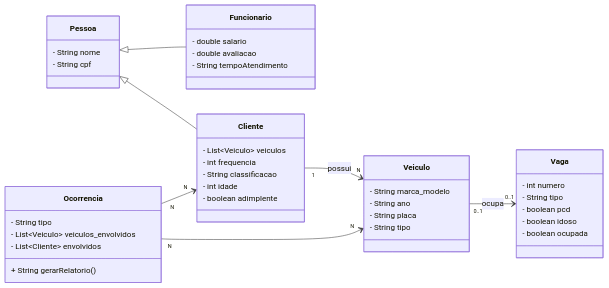
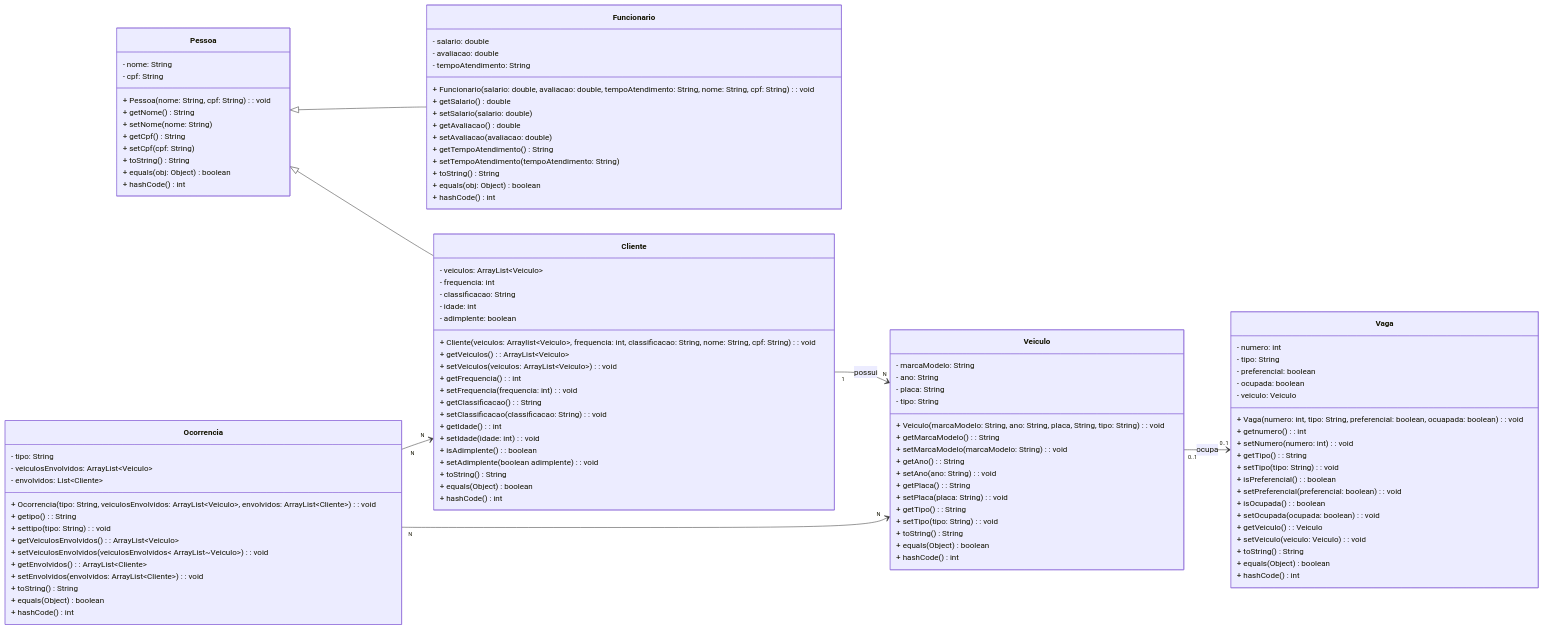
The diagram in README.md (Luceena/Gerenciador-de-estacionamento), drawn with Mermaid before and after one commit.

Commit message:
fix: ajustando diagrama UML do Readme

````diff
--- a/README.md
+++ b/README.md
@@ -22,53 +22,120 @@
 ```mermaid
   classDiagram
-    direction LR
+  direction LR
+
+  class Pessoa {
+    - nome: String
+    - cpf: String
+    + Pessoa(nome: String, cpf: String): void
+    + getNome() String
+    + setNome(nome: String)
+    + getCpf() String
+    + setCpf(cpf: String)
+    + toString() String
+    + equals(obj: Object) boolean
+    + hashCode() int
+  }
+
+  class Funcionario {
+    - salario: double
+    - avaliacao: double
+    - tempoAtendimento: String
+    + Funcionario(salario: double, avaliacao: double, tempoAtendimento: String, nome: String, cpf: String): void
+    + getSalario() double
+    + setSalario(salario: double)
+    + getAvaliacao() double
+    + setAvaliacao(avaliacao: double)
+    + getTempoAtendimento() String
+    + setTempoAtendimento(tempoAtendimento: String)
+    + toString() String
+    + equals(obj: Object) boolean
+    + hashCode() int
+  }
+
+  class Cliente {
+    - veiculos: ArrayList~Veiculo~
+    - frequencia: int
+    - classificacao: String
+    - idade: int
+    - adimplente: boolean
+    + Cliente(veiculos: Arraylist~Veiculo~, frequencia: int, classificacao: String, nome: String, cpf: String): void
+    + getVeiculos(): ArrayList~Veiculo~
+    + setVeiculos(veiculos: ArrayList~Veiculo~): void
+    + getFrequencia(): int
+    + setFrequencia(frequencia: int): void
+    + getClassificacao(): String
+    + setClassificacao(classificacao: String): void
+    + getIdade(): int
+    + setIdade(idade: int): void
+    + isAdimplente(): boolean
+    + setAdimplente(boolean adimplente): void
+    + toString() String
+    + equals(Object) boolean
+    + hashCode() int
+  }
+
+  class Veiculo {
+    - marcaModelo: String
+    - ano: String
+    - placa: String
+    - tipo: String
+    + Veiculo(marcaModelo: String, ano: String, placa, String, tipo: String): void
+    + getMarcaModelo(): String
+    + setMarcaModelo(marcaModelo: String): void
+    + getAno(): String
+    + setAno(ano: String): void
+    + getPlaca(): String
+    + setPlaca(placa: String): void
+    + getTipo(): String
+    + setTipo(tipo: String): void
+    + toString() String
+    + equals(Object) boolean
+    + hashCode() int
+  }
+
+  class Vaga {
+    - numero: int
+    - tipo: String
+    - preferencial: boolean
+    - ocupada: boolean
+    - veiculo: Veiculo
+    + Vaga(numero: int, tipo: String, preferencial: boolean, ocuapada: boolean): void
+    + getnumero(): int
+    + setNumero(numero: int): void
+    + getTipo(): String
+    + setTipo(tipo: String): void
+    + isPreferencial(): boolean
+    + setPreferencial(preferencial: boolean): void
+    + isOcupada(): boolean
+    + setOcupada(ocupada: boolean): void
+    + getVeiculo(): Veiculo
+    + setVeiculo(veiculo: Veiculo): void
+    + toString() String
+    + equals(Object) boolean
+    + hashCode() int
+  }
+
+  class Ocorrencia {
+    - tipo: String
+    - veiculosEnvolvidos: ArrayList~Veiculo~
+    - envolvidos: List~Cliente~ 
+    + Ocorrencia(tipo: String, veiculosEnvolvidos: ArrayList~Veiculo~, envolvidos: ArrayList~Cliente~): void
+    + getipo(): String
+    + settipo(tipo: String): void
+    + getVeiculosEnvolvidos(): ArrayList~Veiculo~
+    + setVeiculosEnvolvidos(veiculosEnvolvidos~ ArrayList~Veiculo~): void
+    + getEnvolvidos(): ArrayList~Cliente~
+    + setEnvolvidos(envolvidos: ArrayList~Cliente~): void
+    + toString() String
+    + equals(Object) boolean
+    + hashCode() int
+  }
+
+  Pessoa <|-- Cliente
+  Pessoa <|-- Funcionario
   
-    class Pessoa {
-      - String nome
-      - String cpf
-    }
-  
-    class Funcionario {
-      - double salario
-      - double avaliacao
-      - String tempoAtendimento
-    }
-  
-    class Cliente {
-      - List~Veiculo~ veiculos
-      - int frequencia
-      - String classificacao
-      - int idade
-      - boolean adimplente
-    }
-  
-    class Veiculo {
-      - String marca_modelo
-      - String ano
-      - String placa
-      - String tipo
-    }
-  
-    class Vaga {
-      - int numero
-      - String tipo
-      - boolean pcd
-      - boolean idoso
-      - boolean ocupada
-    }
-  
-    class Ocorrencia {
-      - String tipo
-      - List~Veiculo~ veiculos_envolvidos
-      - List~Cliente~ envolvidos
-      + String gerarRelatorio()
-    }
-  
-    Pessoa <|-- Cliente
-    Pessoa <|-- Funcionario
-  
-    Cliente "1" --> "N" Veiculo : possui
-    Veiculo "0..1" --> "0..1" Vaga : ocupa
-    Ocorrencia "N" --> "N" Cliente 
-    Ocorrencia "N" --> "N" Veiculo
+  Cliente "1" --> "N" Veiculo : possui
+  Veiculo "0..1" --> "0..1" Vaga : ocupa
+  Ocorrencia "N" --> "N" Cliente 
+  Ocorrencia "N" --> "N" Veiculo
 ```
````
